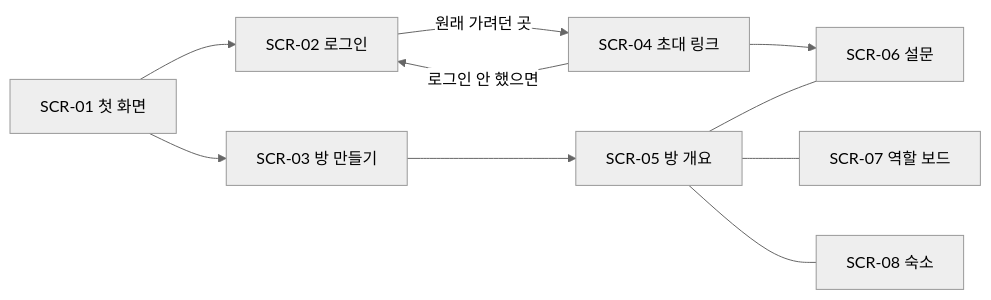
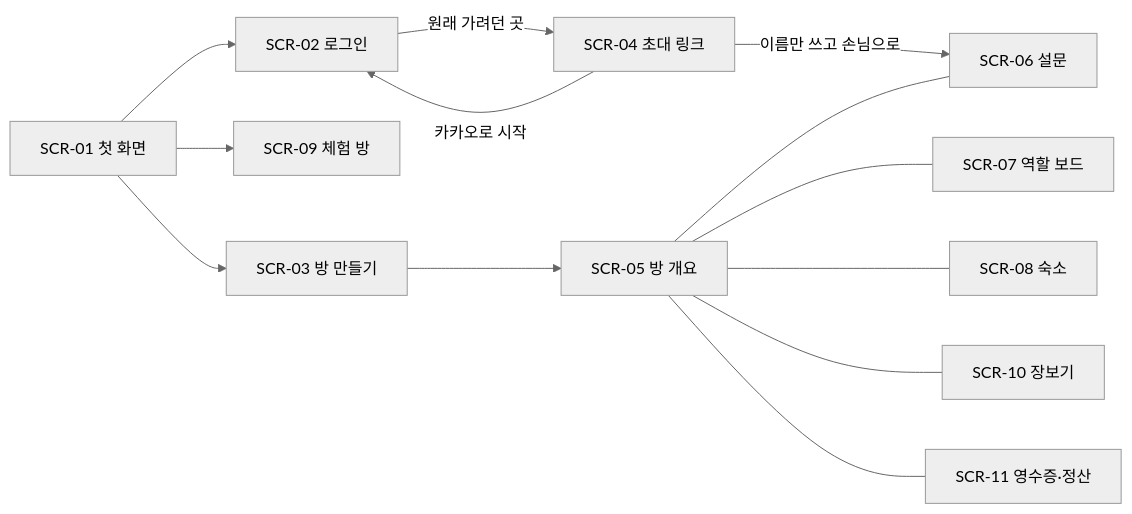
One commit to jihun-moon/bootcamp-2nd-project changed the diagram in docs/02-화면설계.md. Above: the diagram before and after it, drawn with Mermaid (neutral theme). The commit also changed other lines of this file and 12 other files, not shown here.

````diff
--- a/docs/02-화면설계.md
+++ b/docs/02-화면설계.md
@@ -28,12 +30,15 @@
 ```mermaid
 flowchart LR
     A[SCR-01 첫 화면] --> B[SCR-02 로그인]
+    A --> I[SCR-09 체험 방]
     A --> C[SCR-03 방 만들기]
     C --> E[SCR-05 방 개요]
-    D[SCR-04 초대 링크] -- 로그인 안 했으면 --> B
+    D[SCR-04 초대 링크] -- 이름만 쓰고 손님으로 --> F[SCR-06 설문]
+    D -- 카카오로 시작 --> B
     B -- 원래 가려던 곳 --> D
-    D --> F[SCR-06 설문]
     E --- F
     E --- G[SCR-07 역할 보드]
     E --- H[SCR-08 숙소]
+    E --- J[SCR-10 장보기]
+    E --- K[SCR-11 영수증·정산]
 ```
````
